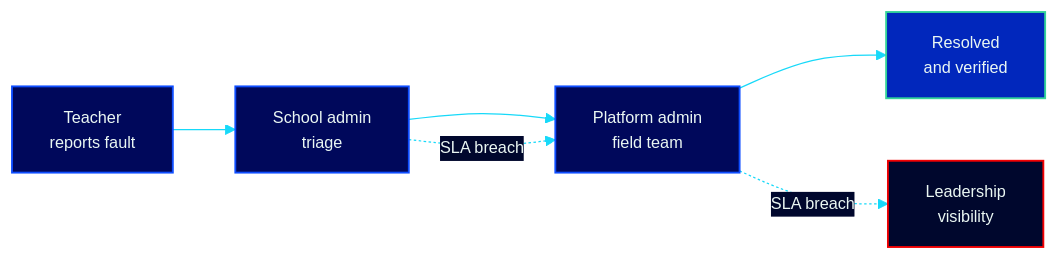
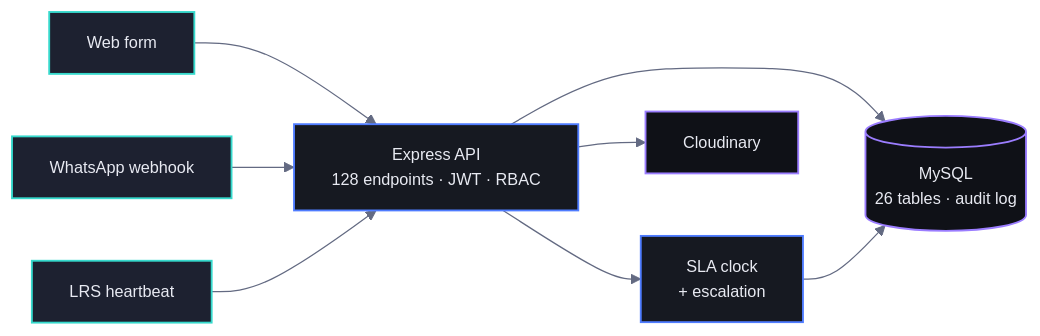
The diagram in README.md (Claytonee/Technical-Support-System), drawn with Mermaid before and after one commit. The commit also changed other lines of this file and 6 other files, not shown here.

````diff
--- a/README.md
+++ b/README.md
@@ -43,13 +96,17 @@
 ```mermaid
-%%{init: { "theme": "base", "themeVariables": { "primaryColor": "#00085B", "primaryTextColor": "#EAF7F3", "primaryBorderColor": "#0E4DFF", "lineColor": "#17D9F9", "secondaryColor": "#0127BC", "tertiaryColor": "#00072D", "clusterBkg": "#00072D", "edgeLabelBackground": "#00072D", "fontSize": "13px" } }}%%
+%%{init: { "theme": "base", "themeVariables": { "primaryColor": "#161921", "primaryTextColor": "#e8eaf2", "primaryBorderColor": "#4f7cff", "lineColor": "#636a82", "secondaryColor": "#1d2130", "tertiaryColor": "#0f1117", "clusterBkg": "#0f1117", "edgeLabelBackground": "#0f1117", "fontSize": "13px" } }}%%
 flowchart LR
-    T["Teacher<br/>reports fault"] --> SA["School admin<br/>triage"] --> PA["Platform admin<br/>field team"] --> R["Resolved<br/>and verified"]
-    SA -. "SLA breach" .-> PA
-    PA -. "SLA breach" .-> ESC["Leadership<br/>visibility"]
-    classDef ok fill:#00085B,stroke:#0E4DFF,color:#EAF7F3,stroke-width:1.5px;
-    classDef done fill:#0127BC,stroke:#34D399,color:#EAF7F3,stroke-width:1.5px;
-    classDef esc fill:#00072D,stroke:#F20002,color:#EAF7F3,stroke-width:1.5px;
-    class T,SA,PA ok;
-    class R done;
-    class ESC esc;
+    W["Web form"] --> API["Express API<br/>128 endpoints · JWT · RBAC"]
+    WA["WhatsApp webhook"] --> API
+    HB["LRS heartbeat"] --> API
+    API --> DB[("MySQL<br/>26 tables · audit log")]
+    API --> SLA["SLA clock<br/>+ escalation"]
+    API --> CDN["Cloudinary"]
+    SLA --> DB
+    classDef in fill:#1d2130,stroke:#36d9cc,color:#e8eaf2,stroke-width:1.5px;
+    classDef core fill:#161921,stroke:#4f7cff,color:#e8eaf2,stroke-width:1.5px;
+    classDef data fill:#0f1117,stroke:#9b7dff,color:#e8eaf2,stroke-width:1.5px;
+    class W,WA,HB in;
+    class API,SLA core;
+    class DB,CDN data;
 ```
````
